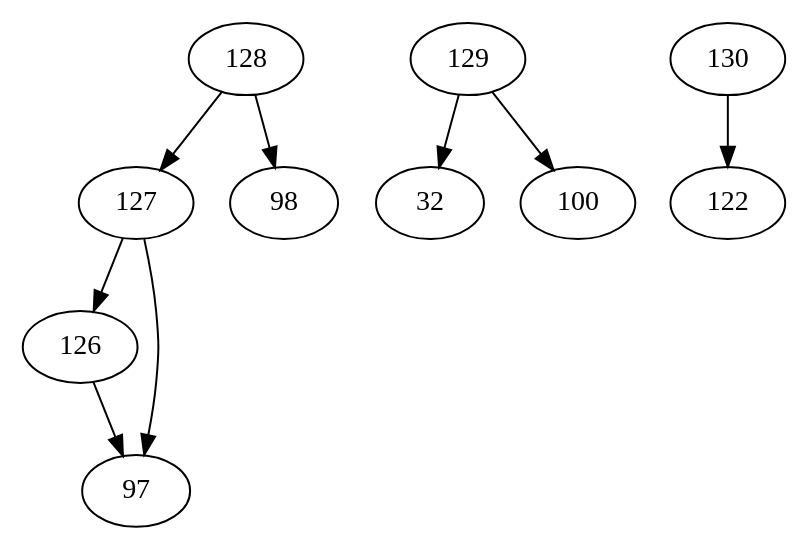
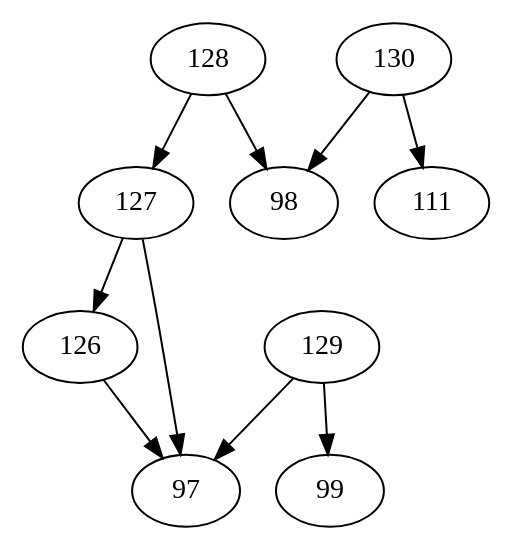
The diagram in tokenizer/bpe.dot (TsitouhRanjafy/algorithme), drawn with Graphviz before and after one commit. The commit also changed 5 other files, not shown here.

Commit message:
feat: generate graph to visualize the vocabulary by graphviz

```diff
--- a/tokenizer/bpe.dot
+++ b/tokenizer/bpe.dot
@@ -1,7 +1,1 @@
-digraph{
-    126 -> {97,97}
-    127 -> {126,97}
-    128 -> {127,98}
-    129 -> {32,100}
-    130 -> {122,122}
-}
+digraph{ 126 -> {97,97} 127 -> {126,97} 128 -> {127,98} 129 -> {97,99} 130 -> {111,98} }
```
